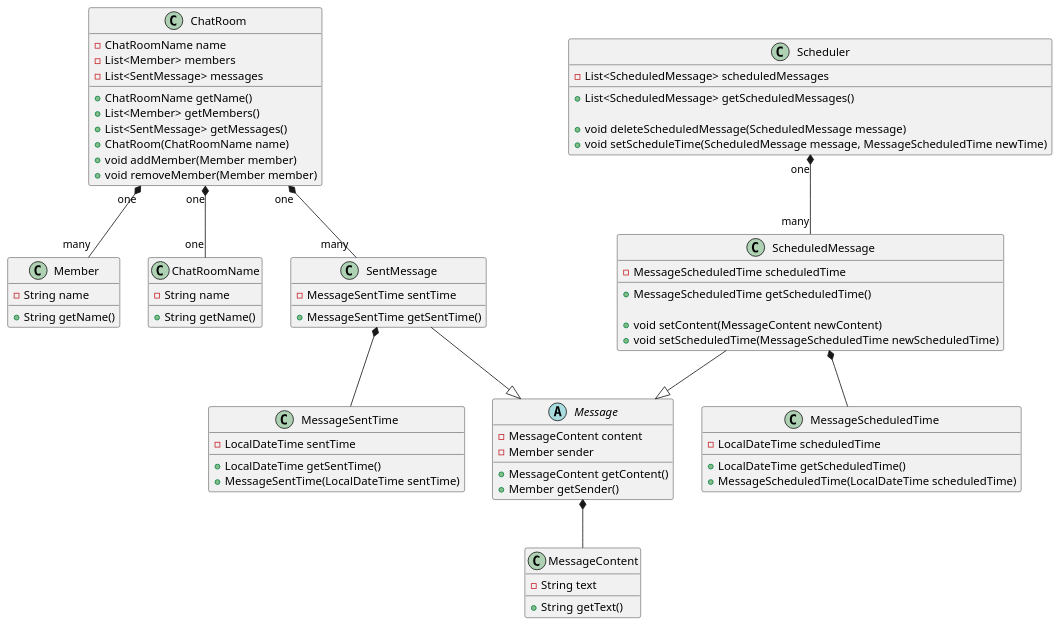
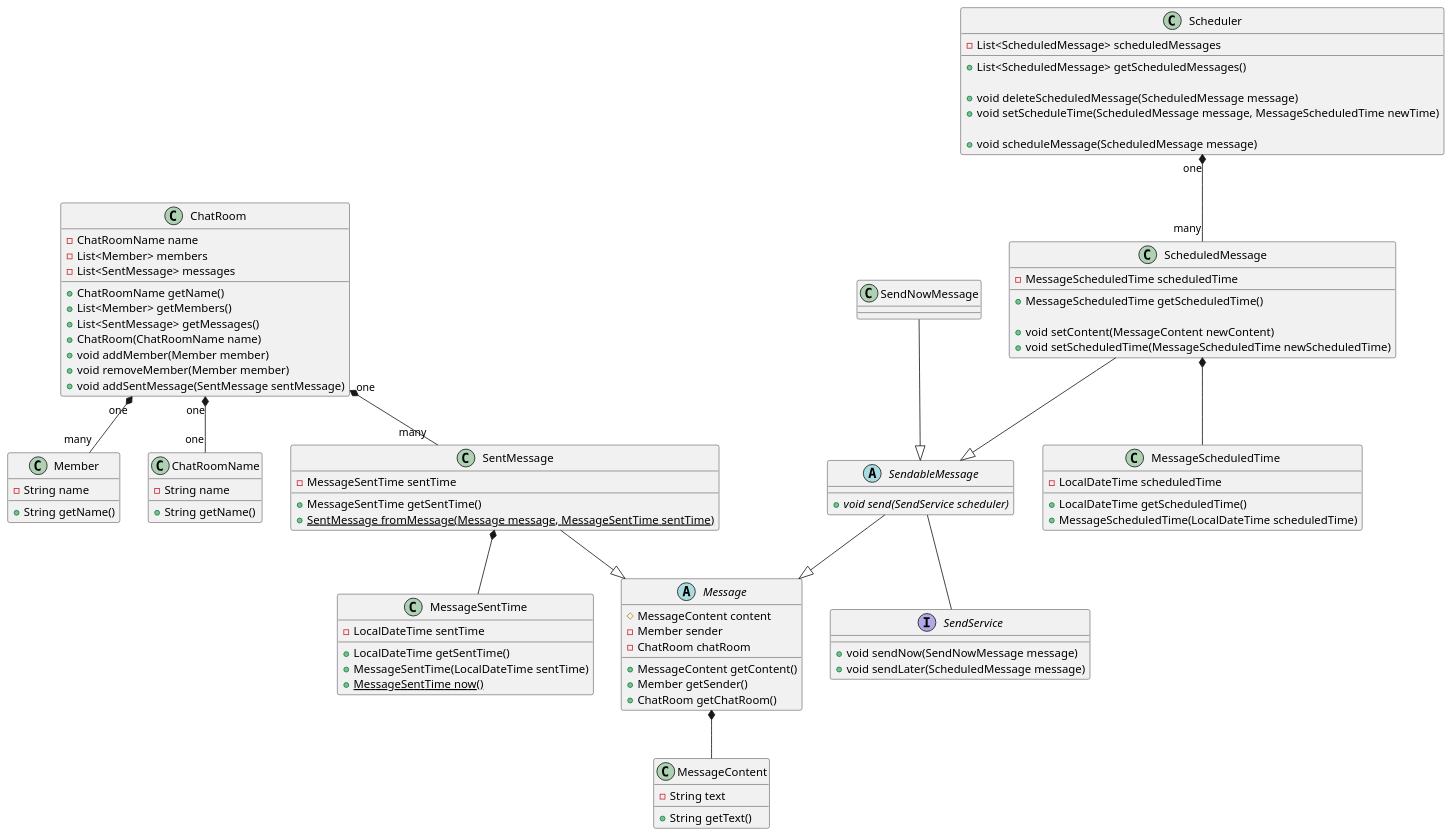
The diagram in ddd.pu (PandApex/ddd), drawn with PlantUML before and after one commit. The commit also changed 14 other files, not shown here.

```diff
--- a/ddd.pu
+++ b/ddd.pu
@@ -1,81 +1,104 @@
 @startuml
 class MessageScheduledTime {
     - LocalDateTime scheduledTime
     + LocalDateTime getScheduledTime()
     + MessageScheduledTime(LocalDateTime scheduledTime)
 }
 
 class MessageSentTime {
     - LocalDateTime sentTime
     + LocalDateTime getSentTime()
     + MessageSentTime(LocalDateTime sentTime)
+    + {static} MessageSentTime now()
 }
 
 class Member {
     - String name
     + String getName()
 }
 
 class ChatRoomName {
     - String name
     + String getName()
 }
 
 class ChatRoom {
     - ChatRoomName name
     - List<Member> members
     - List<SentMessage> messages
     + ChatRoomName getName()
     + List<Member> getMembers()
     + List<SentMessage> getMessages()
     + ChatRoom(ChatRoomName name)
     + void addMember(Member member)
     + void removeMember(Member member)
+    + void addSentMessage(SentMessage sentMessage)
 }
 
 ChatRoom "one" *-- "one" ChatRoomName
 ChatRoom "one" *-- "many" Member
 ChatRoom "one" *-- "many" SentMessage
 
 abstract class Message {
-    - MessageContent content
+    # MessageContent content
     - Member sender
+    - ChatRoom chatRoom
     + MessageContent getContent()
     + Member getSender()
+    + ChatRoom getChatRoom()
 }
 
 class MessageContent {
     - String text
     + String getText()
 }
-
 
 class ScheduledMessage {
     - MessageScheduledTime scheduledTime
     + MessageScheduledTime getScheduledTime()
 
     + void setContent(MessageContent newContent)
     + void setScheduledTime(MessageScheduledTime newScheduledTime)
 }
 
+interface SendService {
+    + void sendNow(SendNowMessage message)
+    + void sendLater(ScheduledMessage message)
+}
+
+abstract class SendableMessage {
+    + void {abstract} send(SendService scheduler)
+}
+
+class SendNowMessage {
+
+}
+
 class SentMessage {
     - MessageSentTime sentTime
     + MessageSentTime getSentTime()
+    + {static} SentMessage fromMessage(Message message, MessageSentTime sentTime)
 }
 
 Message *-- MessageContent
-ScheduledMessage --|> Message
+ScheduledMessage --|> SendableMessage
 SentMessage --|> Message
+SendableMessage --|> Message
+SendNowMessage --|> SendableMessage
 ScheduledMessage *-- MessageScheduledTime
 SentMessage *-- MessageSentTime
+
+SendableMessage -- SendService
 
 class Scheduler {
     - List<ScheduledMessage> scheduledMessages
     + List<ScheduledMessage> getScheduledMessages()
 
     + void deleteScheduledMessage(ScheduledMessage message)
     + void setScheduleTime(ScheduledMessage message, MessageScheduledTime newTime)
+
+    + void scheduleMessage(ScheduledMessage message)
 }
 
 Scheduler "one" *-- "many" ScheduledMessage
 @endumlg
```
